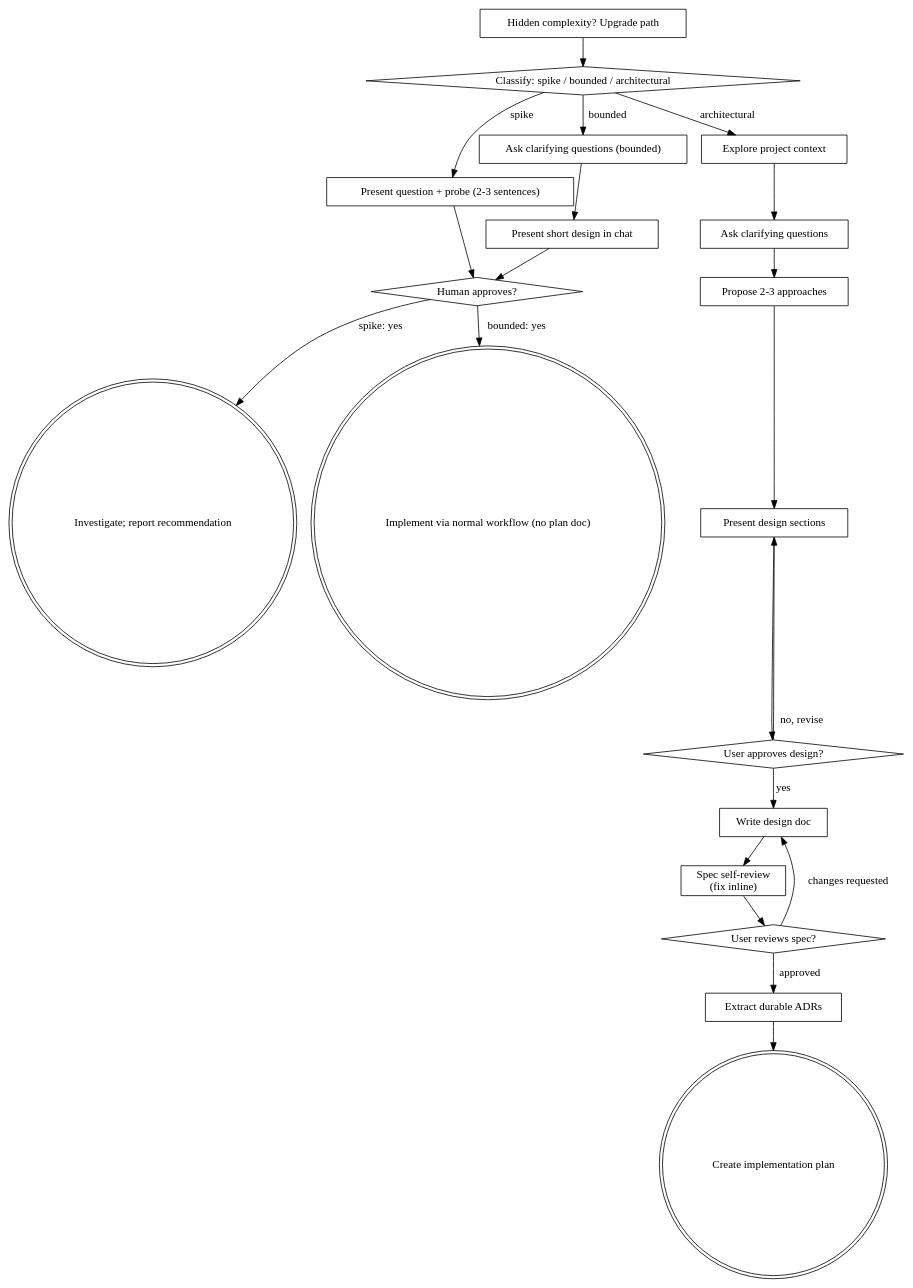
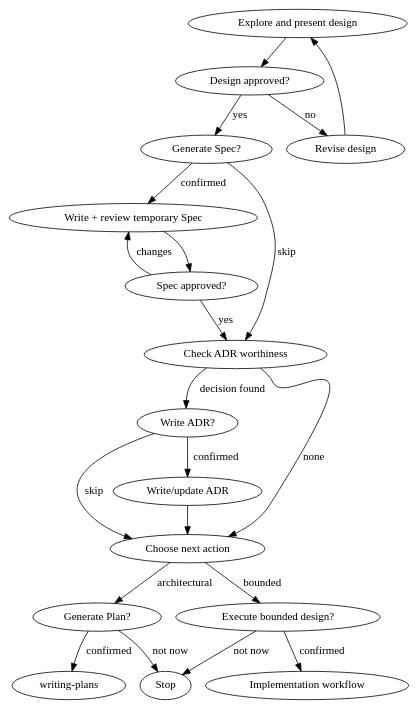
Before and after one commit to xuzhen97/pi-devflow: the diagram in skills/brainstorming/SKILL.md, drawn with Graphviz. The commit also changed other lines of this file and 4 other files, not shown here.

````diff
--- a/skills/brainstorming/SKILL.md
+++ b/skills/brainstorming/SKILL.md
@@ -114,43 +142,24 @@
 ```dot
 digraph brainstorming {
-    "Classify: spike / bounded / architectural" [shape=diamond];
-    "Present question + probe (2-3 sentences)" [shape=box];
-    "Ask clarifying questions (bounded)" [shape=box];
-    "Present short design in chat" [shape=box];
-    "Human approves?" [shape=diamond];
-    "Investigate; report recommendation" [shape=doublecircle];
-    "Implement via normal workflow (no plan doc)" [shape=doublecircle];
-    "Explore project context" [shape=box];
-    "Ask clarifying questions" [shape=box];
-    "Propose 2-3 approaches" [shape=box];
-    "Present design sections" [shape=box];
-    "User approves design?" [shape=diamond];
-    "Write design doc" [shape=box];
-    "Spec self-review\n(fix inline)" [shape=box];
-    "User reviews spec?" [shape=diamond];
-    "Extract durable ADRs" [shape=box];
-    "Create implementation plan" [shape=doublecircle];
-    "Hidden complexity? Upgrade path" [shape=box];
-
-    "Classify: spike / bounded / architectural" -> "Present question + probe (2-3 sentences)" [label="spike"];
-    "Classify: spike / bounded / architectural" -> "Ask clarifying questions (bounded)" [label="bounded"];
-    "Classify: spike / bounded / architectural" -> "Explore project context" [label="architectural"];
-    "Present question + probe (2-3 sentences)" -> "Human approves?";
-    "Ask clarifying questions (bounded)" -> "Present short design in chat";
-    "Present short design in chat" -> "Human approves?";
-    "Human approves?" -> "Investigate; report recommendation" [label="spike: yes"];
-    "Human approves?" -> "Implement via normal workflow (no plan doc)" [label="bounded: yes"];
-    "Hidden complexity? Upgrade path" -> "Classify: spike / bounded / architectural";
-    "Explore project context" -> "Ask clarifying questions";
-    "Ask clarifying questions" -> "Propose 2-3 approaches";
-    "Propose 2-3 approaches" -> "Present design sections";
-    "Present design sections" -> "User approves design?";
-    "User approves design?" -> "Present design sections" [label="no, revise"];
-    "User approves design?" -> "Write design doc" [label="yes"];
-    "Write design doc" -> "Spec self-review\n(fix inline)";
-    "Spec self-review\n(fix inline)" -> "User reviews spec?";
-    "User reviews spec?" -> "Write design doc" [label="changes requested"];
-    "User reviews spec?" -> "Extract durable ADRs" [label="approved"];
-    "Extract durable ADRs" -> "Create implementation plan";
+    "Explore and present design" -> "Design approved?";
+    "Design approved?" -> "Revise design" [label="no"];
+    "Revise design" -> "Explore and present design";
+    "Design approved?" -> "Generate Spec?" [label="yes"];
+    "Generate Spec?" -> "Write + review temporary Spec" [label="confirmed"];
+    "Generate Spec?" -> "Check ADR worthiness" [label="skip"];
+    "Write + review temporary Spec" -> "Spec approved?";
+    "Spec approved?" -> "Write + review temporary Spec" [label="changes"];
+    "Spec approved?" -> "Check ADR worthiness" [label="yes"];
+    "Check ADR worthiness" -> "Write ADR?" [label="decision found"];
+    "Write ADR?" -> "Write/update ADR" [label="confirmed"];
+    "Write ADR?" -> "Choose next action" [label="skip"];
+    "Write/update ADR" -> "Choose next action";
+    "Check ADR worthiness" -> "Choose next action" [label="none"];
+    "Choose next action" -> "Generate Plan?" [label="architectural"];
+    "Generate Plan?" -> "writing-plans" [label="confirmed"];
+    "Generate Plan?" -> "Stop" [label="not now"];
+    "Choose next action" -> "Execute bounded design?" [label="bounded"];
+    "Execute bounded design?" -> "Implementation workflow" [label="confirmed"];
+    "Execute bounded design?" -> "Stop" [label="not now"];
 }
 ```
````
